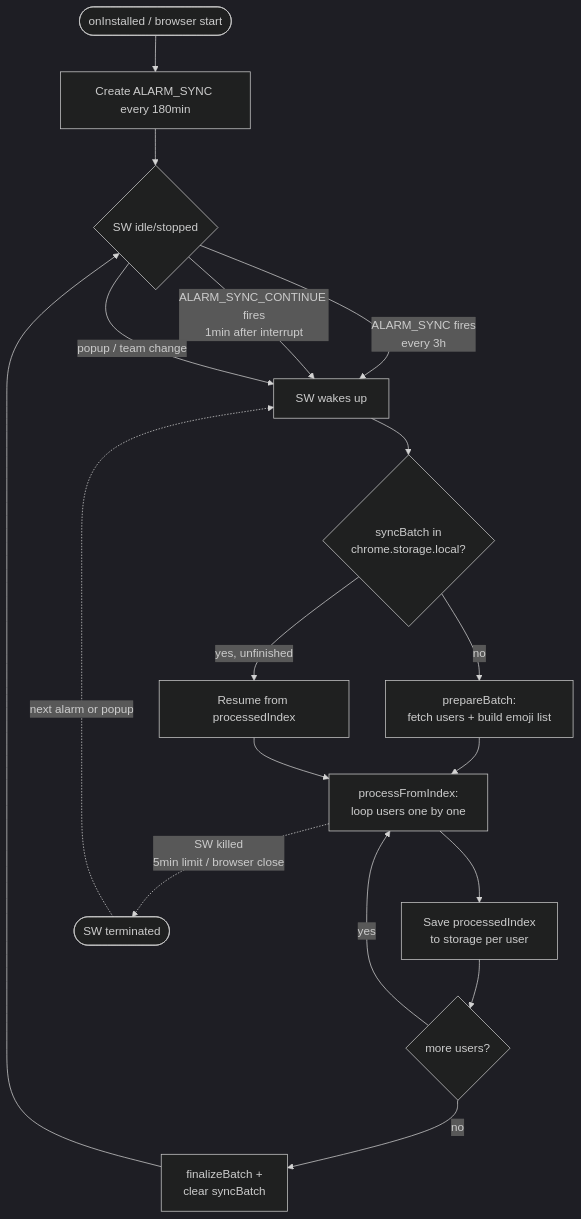
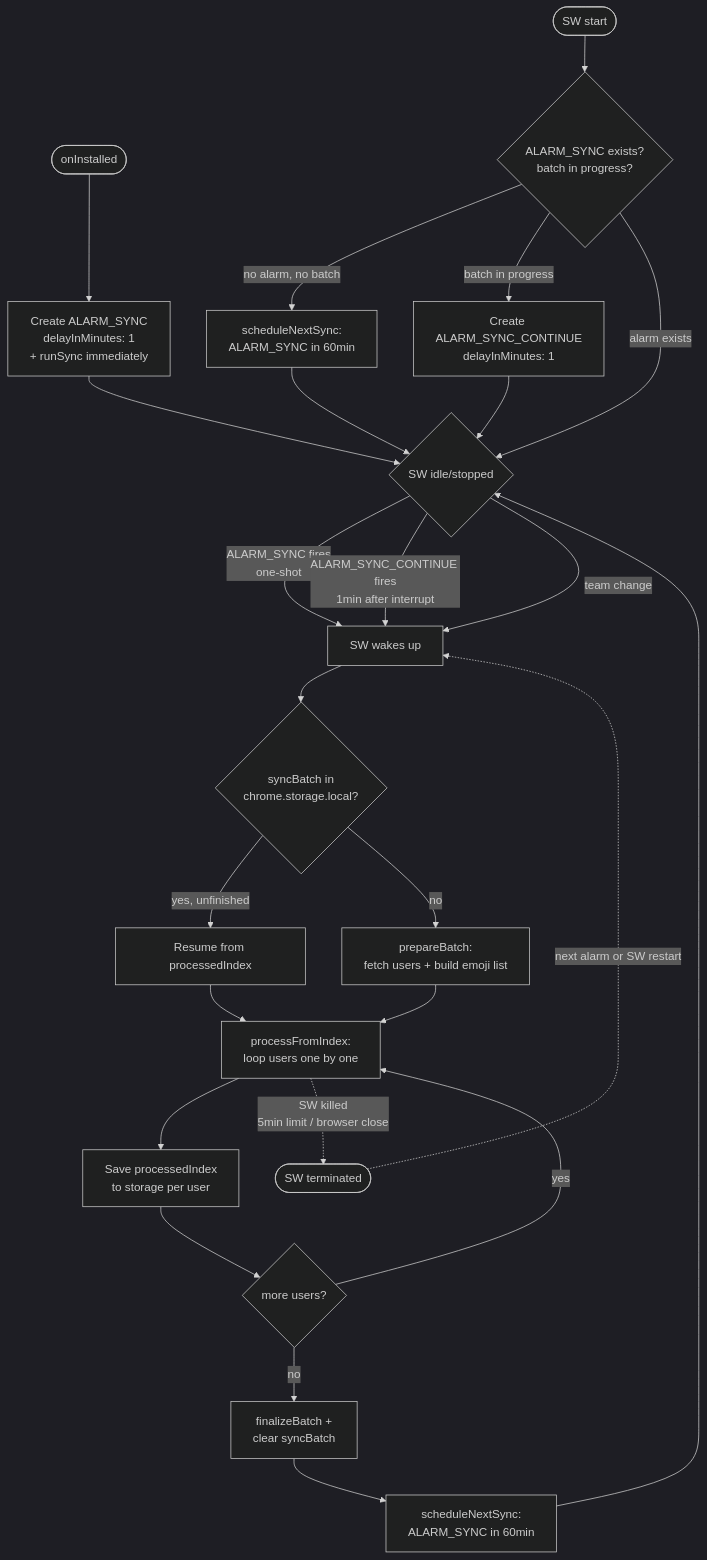
The diagram in README.md (minodisk/uemoji), drawn with Mermaid (dark theme) before and after one commit. The commit also changed other lines of this file, not shown here.

Commit message:
Update sync lifecycle diagram to match one-shot alarm flow (#12)
Reflect the shift from a 3h periodic alarm to a one-shot ALARM_SYNC
rescheduled 60min after each batch completes (commit 162eed3), plus
the SW-restart branch in chrome.alarms.get that schedules either the
next sync or a continue alarm based on existing alarm/batch state.

````diff
--- a/README.md
+++ b/README.md
@@ -25,21 +25,30 @@
 ```mermaid
 flowchart TD
-  Install([onInstalled / browser start]) --> CreateAlarm[Create ALARM_SYNC every 180min]
-  CreateAlarm --> Idle
-  Idle{SW idle/stopped} -->|ALARM_SYNC fires<br/>every 3h| Wake[SW wakes up]
+  Install([onInstalled]) --> InitAlarm[Create ALARM_SYNC<br/>delayInMinutes: 1<br/>+ runSync immediately]
+  SWStart([SW start]) --> CheckExisting{ALARM_SYNC exists?<br/>batch in progress?}
+  CheckExisting -->|no alarm, no batch| ScheduleNext[scheduleNextSync:<br/>ALARM_SYNC in 60min]
+  CheckExisting -->|batch in progress| ScheduleContinue[Create ALARM_SYNC_CONTINUE<br/>delayInMinutes: 1]
+  CheckExisting -->|alarm exists| Idle
+
+  InitAlarm --> Idle
+  ScheduleNext --> Idle
+  ScheduleContinue --> Idle
+
+  Idle{SW idle/stopped} -->|ALARM_SYNC fires<br/>one-shot| Wake[SW wakes up]
   Idle -->|ALARM_SYNC_CONTINUE fires<br/>1min after interrupt| Wake
-  Idle -->|popup / team change| Wake
+  Idle -->|team change| Wake
   Wake --> Check{syncBatch in<br/>chrome.storage.local?}
   Check -->|yes, unfinished| Resume[Resume from processedIndex]
   Check -->|no| Prepare[prepareBatch:<br/>fetch users + build emoji list]
   Prepare --> Process
   Resume --> Process[processFromIndex:<br/>loop users one by one]
   Process --> SaveProgress[Save processedIndex<br/>to storage per user]
   SaveProgress --> MoreUsers{more users?}
   MoreUsers -->|yes| Process
   MoreUsers -->|no| Finalize[finalizeBatch +<br/>clear syncBatch]
-  Finalize --> Idle
+  Finalize --> ScheduleNextAfter[scheduleNextSync:<br/>ALARM_SYNC in 60min]
+  ScheduleNextAfter --> Idle
 
   Process -.->|SW killed<br/>5min limit / browser close| Killed([SW terminated])
-  Killed -.->|next alarm or popup| Wake
+  Killed -.->|next alarm or SW restart| Wake
 ```
````
